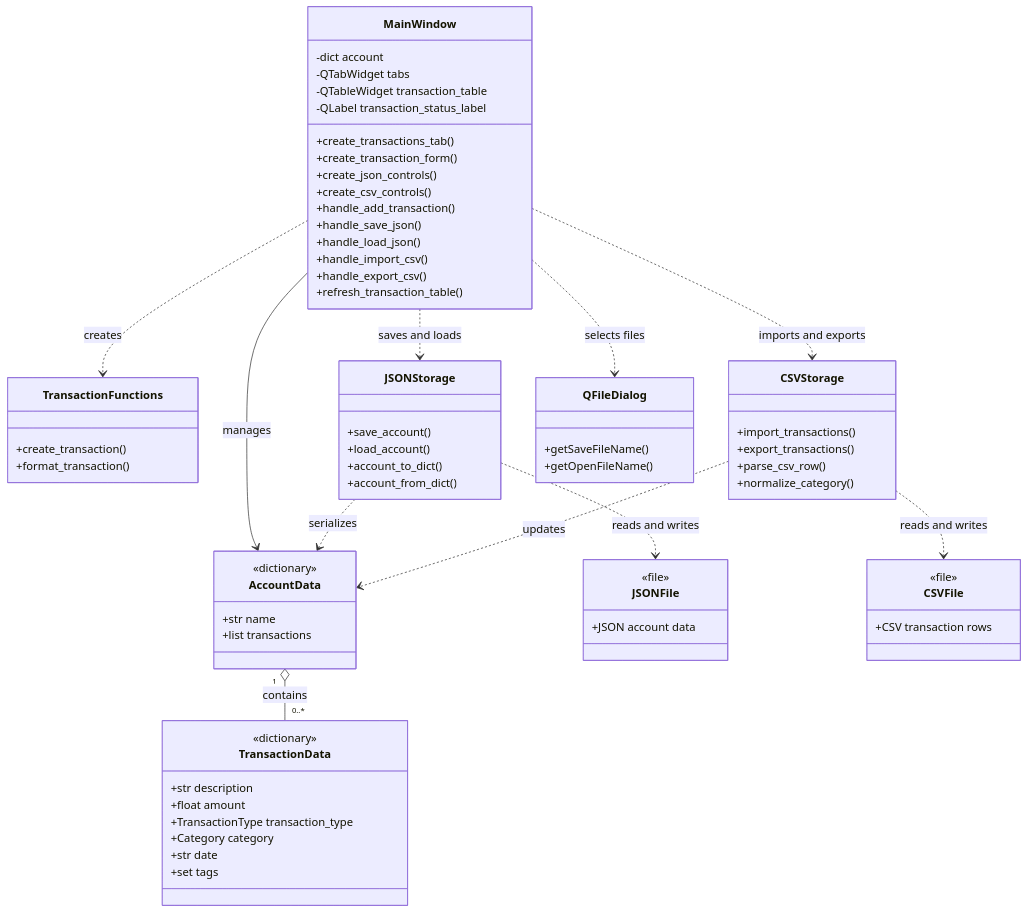
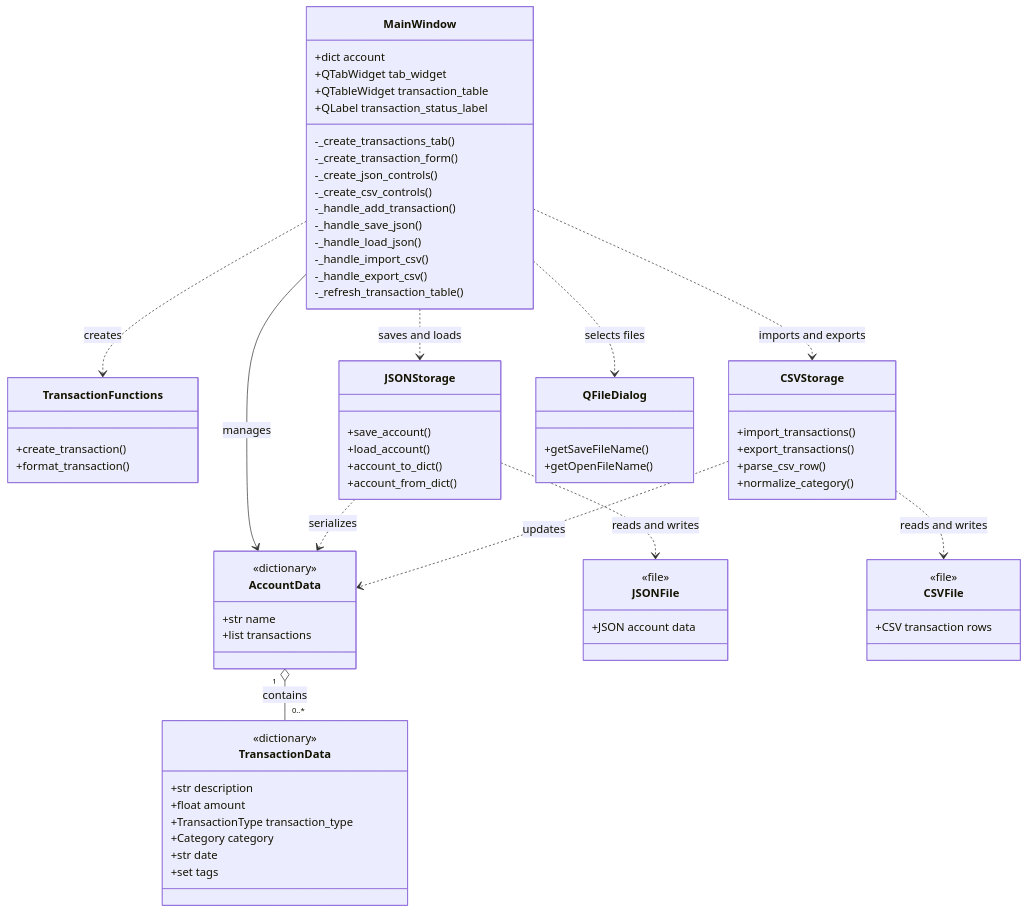
Before and after one commit to degenhardtmuc-ui/personal_finance_tracker: the sixth of 7 diagrams in README.md, drawn with Mermaid. The commit also changed other lines of this file, not shown here.

````diff
--- a/README.md
+++ b/README.md
@@ -942,82 +969,82 @@
 ```mermaid
 classDiagram
     direction TB
 
     class MainWindow {
-        -dict account
-        -QTabWidget tabs
-        -QTableWidget transaction_table
-        -QLabel transaction_status_label
-        +create_transactions_tab()
-        +create_transaction_form()
-        +create_json_controls()
-        +create_csv_controls()
-        +handle_add_transaction()
-        +handle_save_json()
-        +handle_load_json()
-        +handle_import_csv()
-        +handle_export_csv()
-        +refresh_transaction_table()
+        +dict account
+        +QTabWidget tab_widget
+        +QTableWidget transaction_table
+        +QLabel transaction_status_label
+        -_create_transactions_tab()
+        -_create_transaction_form()
+        -_create_json_controls()
+        -_create_csv_controls()
+        -_handle_add_transaction()
+        -_handle_save_json()
+        -_handle_load_json()
+        -_handle_import_csv()
+        -_handle_export_csv()
+        -_refresh_transaction_table()
     }
 
     class AccountData {
         <<dictionary>>
         +str name
         +list transactions
     }
 
     class TransactionData {
         <<dictionary>>
         +str description
         +float amount
         +TransactionType transaction_type
         +Category category
         +str date
         +set tags
     }
 
     class TransactionFunctions {
         +create_transaction()
         +format_transaction()
     }
 
     class JSONStorage {
         +save_account()
         +load_account()
         +account_to_dict()
         +account_from_dict()
     }
 
     class CSVStorage {
         +import_transactions()
         +export_transactions()
         +parse_csv_row()
         +normalize_category()
     }
 
     class QFileDialog {
         +getSaveFileName()
         +getOpenFileName()
     }
 
     class JSONFile {
         <<file>>
         +JSON account data
     }
 
     class CSVFile {
         <<file>>
         +CSV transaction rows
     }
 
     AccountData "1" o-- "0..*" TransactionData : contains
     MainWindow --> AccountData : manages
     MainWindow ..> TransactionFunctions : creates
     MainWindow ..> JSONStorage : saves and loads
     MainWindow ..> CSVStorage : imports and exports
     MainWindow ..> QFileDialog : selects files
     JSONStorage ..> AccountData : serializes
     JSONStorage ..> JSONFile : reads and writes
     CSVStorage ..> AccountData : updates
     CSVStorage ..> CSVFile : reads and writes
 ```
````
